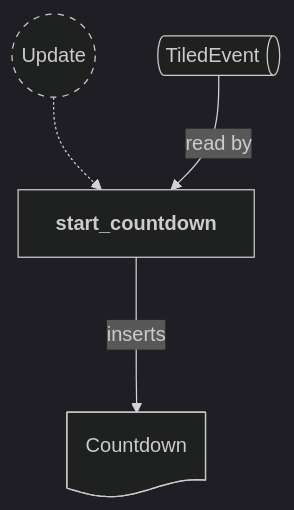
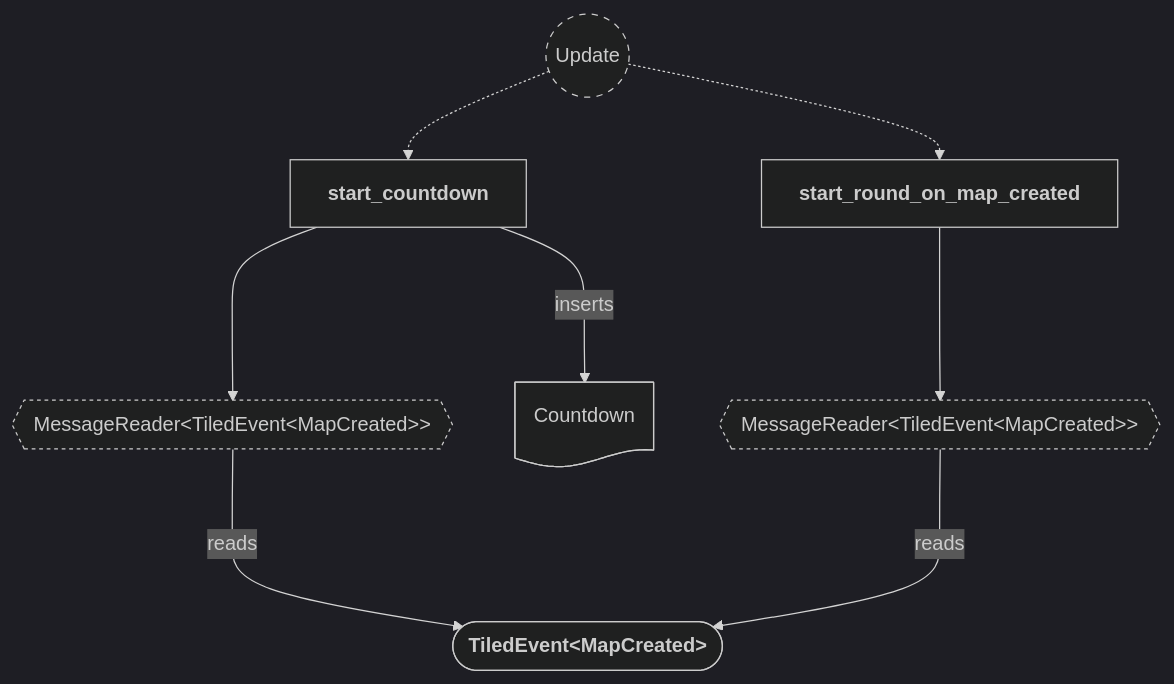
One commit to neurosoup/tyled changed the first of 9 diagrams in backlog/docs/doc-15 - 013-Round-plugin.md. Above: the diagram before and after it, drawn with Mermaid. The commit also changed other lines of this file and 8 other files, not shown here.

````diff
--- a/backlog/docs/doc-15 - 013-Round-plugin.md
+++ b/backlog/docs/doc-15 - 013-Round-plugin.md
@@ -77,20 +114,29 @@
 ```mermaid
 ---
 config:
   theme: dark
 ---
 
 flowchart TD
 classDef system-group stroke-dasharray: 5 5
+classDef reader stroke-dasharray: 3 3
 
 update(("`Update`")):::system-group
 start_countdown["`**start_countdown**`"]
+start_round_on_map_created["`**start_round_on_map_created**`"]
 
 update -.-> start_countdown
+update -.-> start_round_on_map_created
 
-map_created_msg@{ shape: das, label: "TiledEvent<MapCreated>" }
+start_countdown_reader{{"MessageReader#60;TiledEvent#60;MapCreated#62;#62;"}}:::reader
+start_round_reader{{"MessageReader#60;TiledEvent#60;MapCreated#62;#62;"}}:::reader
+start_countdown ---> start_countdown_reader
+start_round_on_map_created ---> start_round_reader
+
+map_created_message(["`**TiledEvent#60;MapCreated#62;**`"])
+start_countdown_reader ---> |reads| map_created_message
+start_round_reader ---> |reads| map_created_message
+
 countdown_res@{ shape: doc, label: "Countdown" }
-
-map_created_msg --> |read by| start_countdown
 start_countdown ---> |inserts| countdown_res
 ```
````
